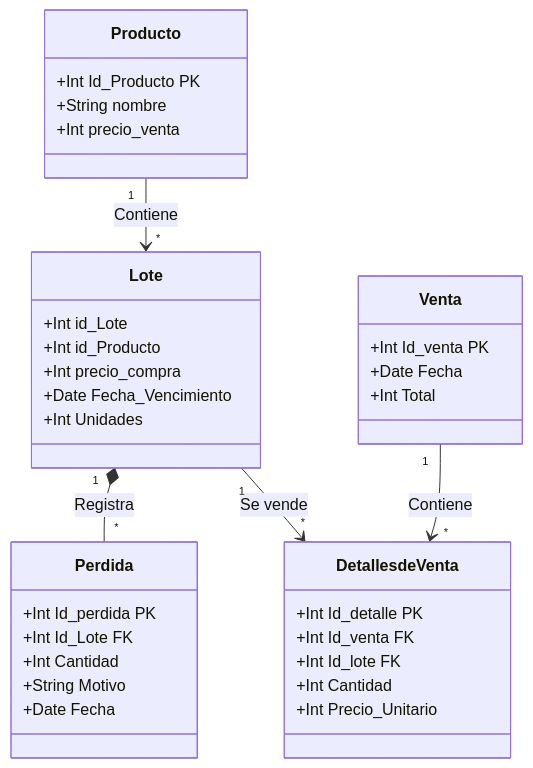
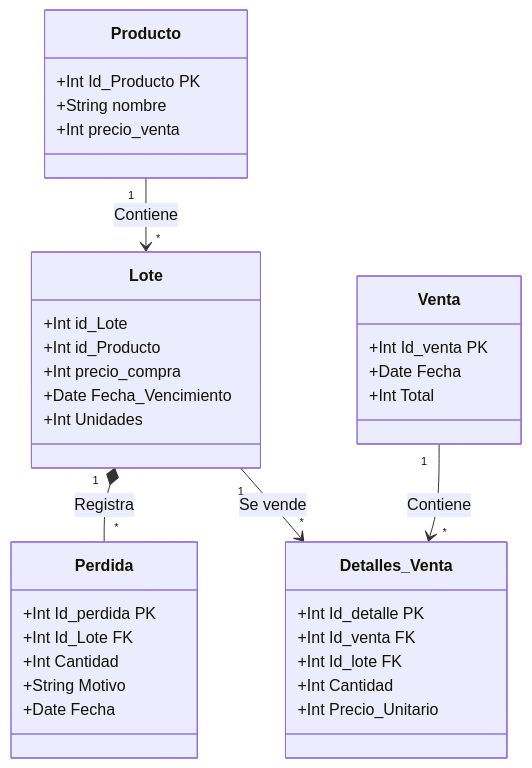
Before and after one commit to CokkeDev/Mi-Negocio: the diagram in README.md, drawn with Mermaid.

Commit message:
modificaciónd de escritura de detalles de venta a detalles_venta

````diff
--- a/README.md
+++ b/README.md
@@ -39,43 +39,43 @@
 ```mermaid
 classDiagram
   class Producto {
     +Int Id_Producto PK
     +String nombre
     +Int precio_venta
   }
 
   class Lote {
     +Int id_Lote
     +Int id_Producto
     +Int precio_compra
     +Date Fecha_Vencimiento
     +Int Unidades
   }
 
   class Perdida {
     +Int Id_perdida PK
     +Int Id_Lote FK
     +Int Cantidad
     +String Motivo
     +Date Fecha
   }
 
   class Venta {
     +Int Id_venta PK
     +Date Fecha
     +Int Total
   }
 
-    class Detalles de Venta{
+    class Detalles_Venta{
     +Int Id_detalle PK
     +Int Id_venta FK
     +Int Id_lote FK
     +Int Cantidad
     +Int Precio_Unitario
   }
 
   Producto "1" --> "*" Lote : Contiene
   Lote "1" *-- "*" Perdida : Registra
-  Lote "1" --> "*" Detalles de Venta : Se vende
-  Venta "1" --> "*" Detalles de Venta : Contiene
+  Lote "1" --> "*" Detalles_Venta : Se vende
+  Venta "1" --> "*" Detalles_Venta : Contiene
 ```
````
